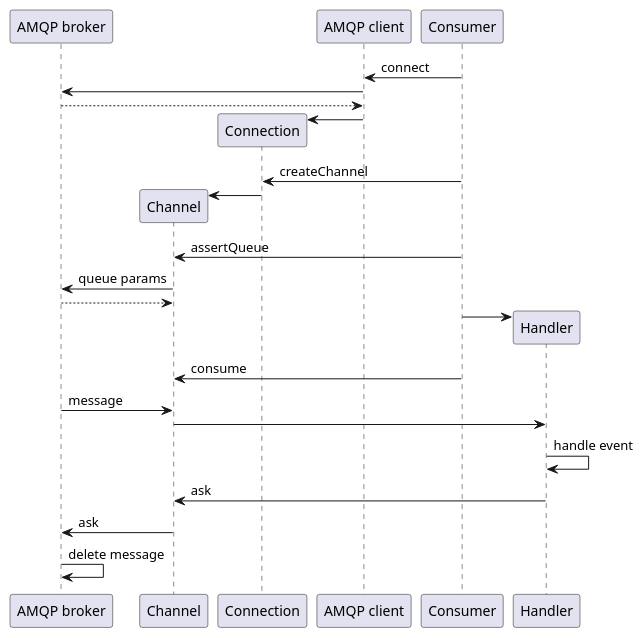
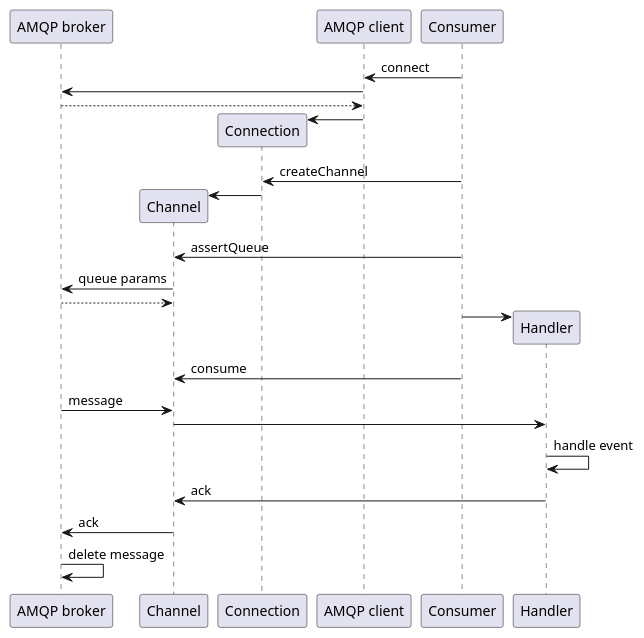
The fifth of 5 diagrams in slides.md (edu-dis-presents/p5), drawn with PlantUML before and after one commit.

```diff
--- a/slides.md
+++ b/slides.md
@@ -316,34 +316,34 @@
 @startuml
 participant AMQP as "AMQP broker"
 participant Channel
 participant Connection
 participant amqp as "AMQP client"
 
 participant Consumer
 participant Handler
 
 
 Consumer -> amqp: connect
 amqp -> AMQP
 amqp <-- AMQP
 create Connection
 amqp -> Connection
 Consumer -> Connection : createChannel
 create Channel
 Connection -> Channel
 Consumer -> Channel: assertQueue
 Channel -> AMQP: queue params
 Channel <-- AMQP
 create Handler
 Consumer -> Handler
 Consumer -> Channel: consume
 Channel <- AMQP: message
 Channel -> Handler
 Handler -> Handler: handle event
-Channel <- Handler: ask
-Channel -> AMQP: ask
+Channel <- Handler: ack
+Channel -> AMQP: ack
 AMQP -> AMQP: delete message 
 
 
 
 @enduml
```
